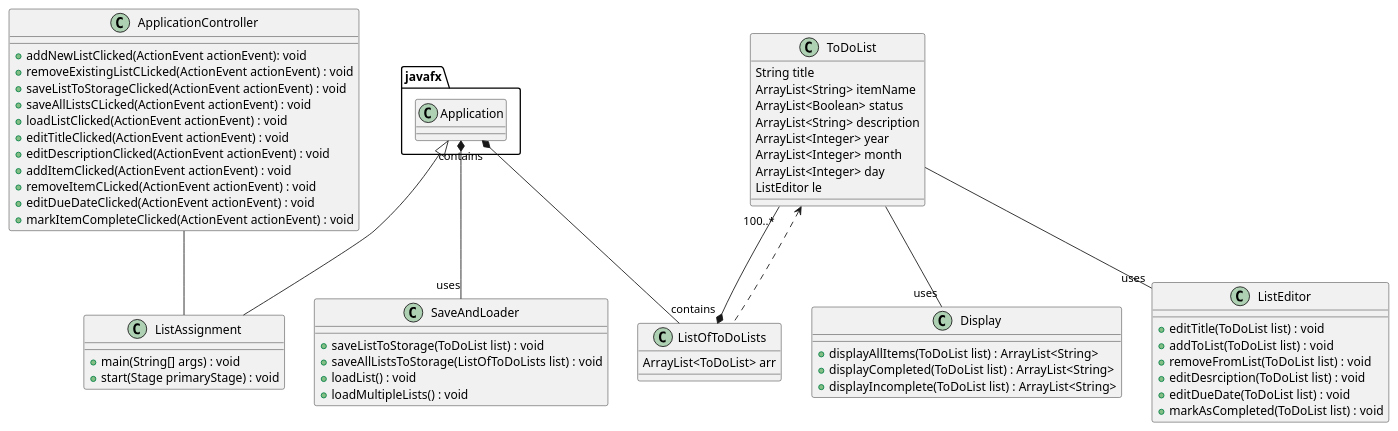
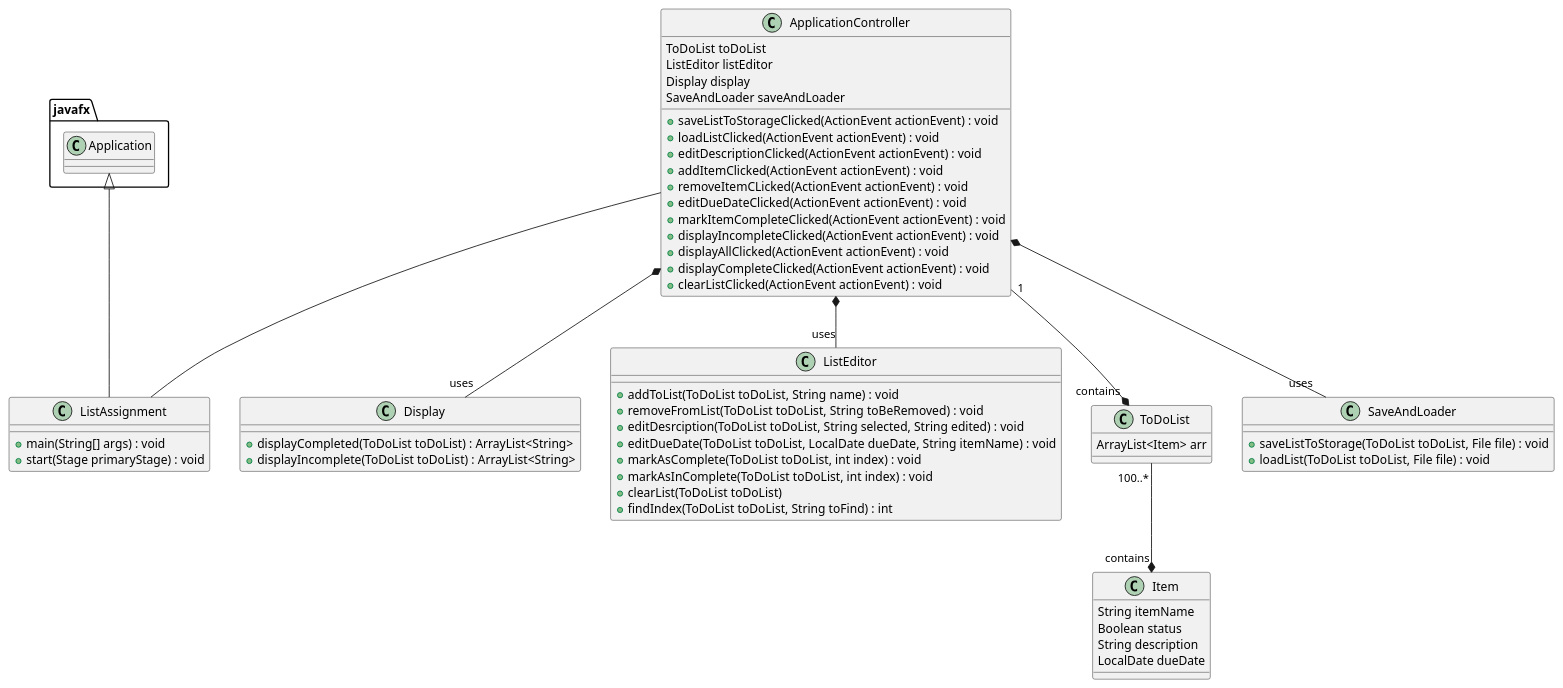
Before and after one commit to Umran-Jameel/Jameel-cop3330-assignment4part2: the diagram in uml/AppDiagram.puml, drawn with PlantUML.

Commit message:
uml fixed

```diff
--- a/uml/AppDiagram.puml
+++ b/uml/AppDiagram.puml
@@ -1,67 +1,65 @@
 @startuml
 'https://plantuml.com/class-diagram
 class ApplicationController {
- + addNewListClicked(ActionEvent actionEvent): void
- + removeExistingListCLicked(ActionEvent actionEvent) : void
+ ToDoList toDoList
+ ListEditor listEditor
+ Display display
+ SaveAndLoader saveAndLoader
  + saveListToStorageClicked(ActionEvent actionEvent) : void
- + saveAllListsCLicked(ActionEvent actionEvent) : void
  + loadListClicked(ActionEvent actionEvent) : void
- + editTitleClicked(ActionEvent actionEvent) : void
  + editDescriptionClicked(ActionEvent actionEvent) : void
  + addItemClicked(ActionEvent actionEvent) : void
  + removeItemCLicked(ActionEvent actionEvent) : void
  + editDueDateClicked(ActionEvent actionEvent) : void
  + markItemCompleteClicked(ActionEvent actionEvent) : void
+ + displayIncompleteClicked(ActionEvent actionEvent) : void
+ + displayAllClicked(ActionEvent actionEvent) : void
+ + displayCompleteClicked(ActionEvent actionEvent) : void
+ + clearListClicked(ActionEvent actionEvent) : void
 }
 
 class ListAssignment {
  + main(String[] args) : void
  + start(Stage primaryStage) : void
 }
 
 class Display {
- + displayAllItems(ToDoList list) : ArrayList<String>
- + displayCompleted(ToDoList list) : ArrayList<String>
- + displayIncomplete(ToDoList list) : ArrayList<String>
+ + displayCompleted(ToDoList toDoList) : ArrayList<String>
+ + displayIncomplete(ToDoList toDoList) : ArrayList<String>
 }
 
 class ListEditor{
- + editTitle(ToDoList list) : void
- + addToList(ToDoList list) : void
- + removeFromList(ToDoList list) : void
- + editDesrciption(ToDoList list) : void
- + editDueDate(ToDoList list) : void
- + markAsCompleted(ToDoList list) : void
+ + addToList(ToDoList toDoList, String name) : void
+ + removeFromList(ToDoList toDoList, String toBeRemoved) : void
+ + editDesrciption(ToDoList toDoList, String selected, String edited) : void
+ + editDueDate(ToDoList toDoList, LocalDate dueDate, String itemName) : void
+ + markAsComplete(ToDoList toDoList, int index) : void
+ + markAsInComplete(ToDoList toDoList, int index) : void
+ + clearList(ToDoList toDoList)
+ + findIndex(ToDoList toDoList, String toFind) : int
 }
 
-class ListOfToDoLists {
- ArrayList<ToDoList> arr
+class ToDoList {
+ ArrayList<Item> arr
 }
 
 class SaveAndLoader {
- + saveListToStorage(ToDoList list) : void
- + saveAllListsToStorage(ListOfToDoLists list) : void
- + loadList() : void
- + loadMultipleLists() : void
+ + saveListToStorage(ToDoList toDoList, File file) : void
+ + loadList(ToDoList toDoList, File file) : void
 }
 
-class ToDoList {
- String title
- ArrayList<String> itemName
- ArrayList<Boolean> status
- ArrayList<String> description
- ArrayList<Integer> year
- ArrayList<Integer> month
- ArrayList<Integer> day
- ListEditor le
+class Item {
+ String itemName
+ Boolean status
+ String description
+ LocalDate dueDate
 }
 
 javafx.Application <|-- ListAssignment
 ApplicationController -- ListAssignment
-ToDoList"100..*" --* "contains"ListOfToDoLists
-ToDoList <.. ListOfToDoLists
-ToDoList --"uses" Display
-ToDoList -- "uses" ListEditor
-javafx.Application"contains" *-- ListOfToDoLists
-javafx.Application *-- "uses"SaveAndLoader
+ApplicationController"1" --* "contains"ToDoList
+ToDoList "100..*"--* "contains" Item
+ApplicationController *-- "uses"SaveAndLoader
+ApplicationController *-- "uses"Display
+ApplicationController *-- "uses"ListEditor
 @enduml
```
